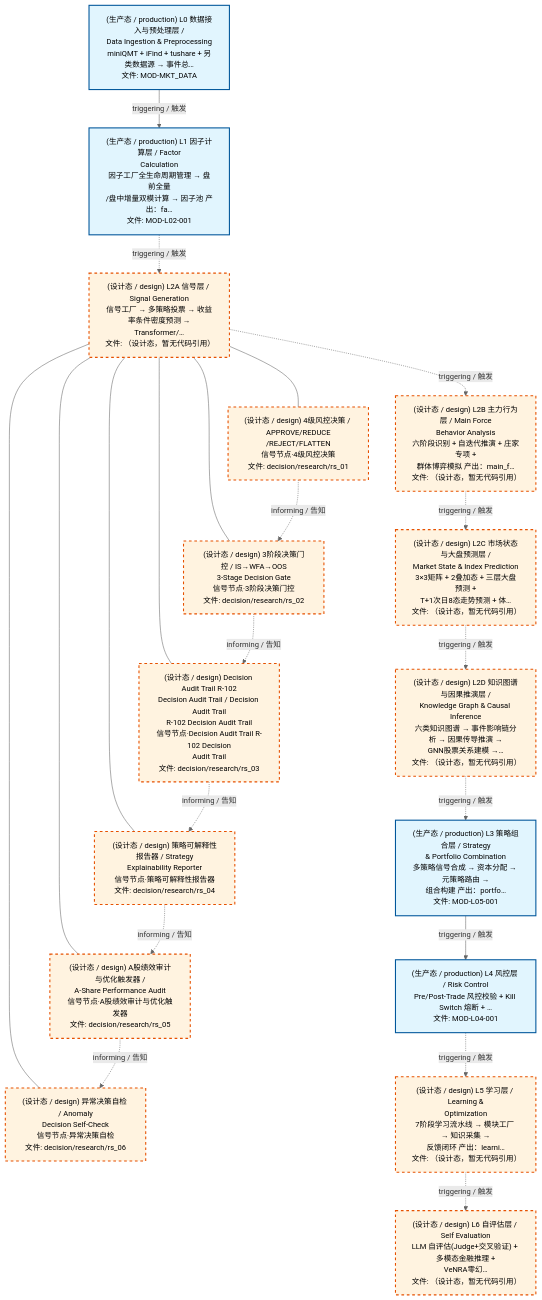
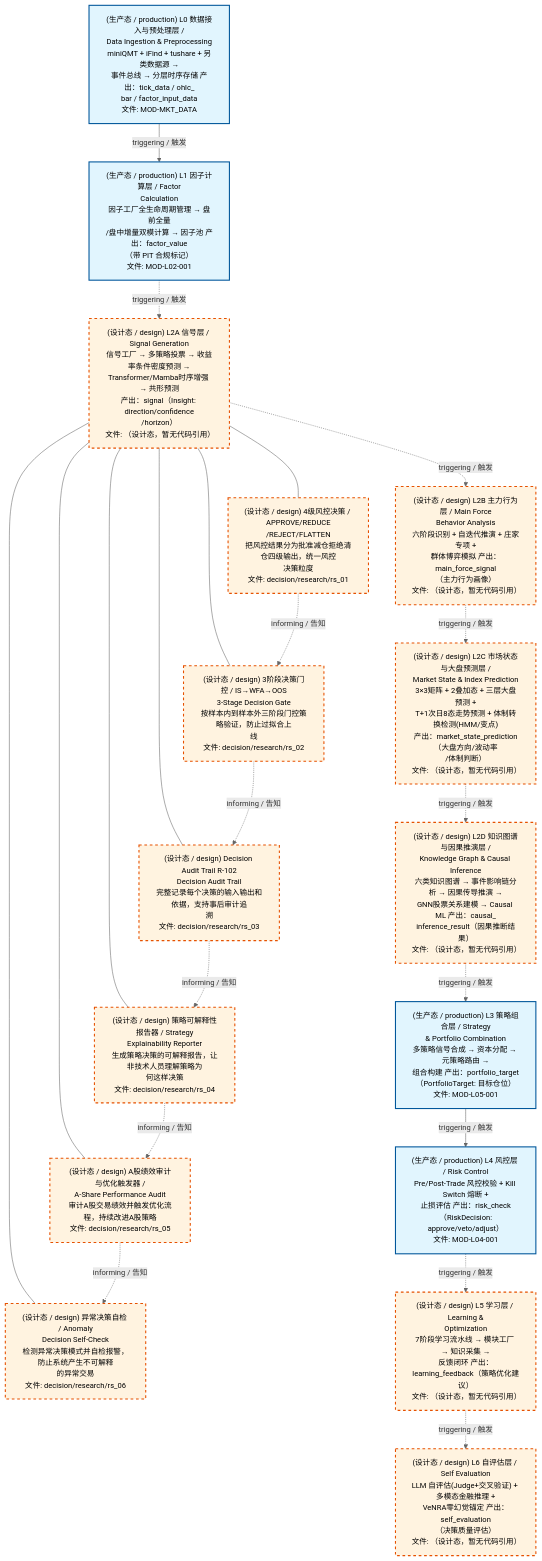
The first of 3 diagrams in docs/02_enterprise_architecture/06_decision_architecture/09_decision_l2a_research.md (xuanFelixVan/ZephyrAlpha), drawn with Mermaid before and after one commit. The commit also changed other lines of this file and 25 other files, not shown here.

````diff
--- a/docs/02_enterprise_architecture/06_decision_architecture/09_decision_l2a_research.md
+++ b/docs/02_enterprise_architecture/06_decision_architecture/09_decision_l2a_research.md
@@ -47,46 +47,46 @@
 ```mermaid
 %%{init: {'theme': 'base', 'themeVariables': {'primaryColor': '#eaeaea', 'primaryTextColor': '#333333', 'primaryBorderColor': '#666666', 'lineColor': '#666666', 'secondaryColor': '#eaeaea', 'tertiaryColor': '#eaeaea', 'clusterBkg': 'transparent', 'clusterBorder': 'transparent', 'fontSize': '14px'}}}%%
 flowchart TD
-    LL0["(生产态 / production) L0 数据接入与预处理层 /<br/>Data Ingestion & Preprocessing<br/>miniQMT + iFind + tushare + 另类数据源 → 事件总…<br/>文件: MOD-MKT_DATA"]
-    LL1["(生产态 / production) L1 因子计算层 / Factor<br/>Calculation<br/>因子工厂全生命周期管理 → 盘前全量<br/>/盘中增量双模计算 → 因子池 产出：fa…<br/>文件: MOD-L02-001"]
-    LL2A["(设计态 / design) L2A 信号层 / Signal Generation<br/>信号工厂 → 多策略投票 → 收益率条件密度预测 →<br/>Transformer/…<br/>文件: （设计态，暂无代码引用）"]
-    N204["(设计态 / design) 4级风控决策 / APPROVE/REDUCE<br/>/REJECT/FLATTEN<br/>信号节点·4级风控决策<br/>文件: decision/research/rs_01"]
+    LL0["(生产态 / production) L0 数据接入与预处理层 /<br/>Data Ingestion & Preprocessing<br/>miniQMT + iFind + tushare + 另类数据源 →<br/>事件总线 → 分层时序存储 产出：tick_data / ohlc_<br/>bar / factor_input_data<br/>文件: MOD-MKT_DATA"]
+    LL1["(生产态 / production) L1 因子计算层 / Factor<br/>Calculation<br/>因子工厂全生命周期管理 → 盘前全量<br/>/盘中增量双模计算 → 因子池 产出：factor_value<br/>（带 PIT 合规标记）<br/>文件: MOD-L02-001"]
+    LL2A["(设计态 / design) L2A 信号层 / Signal Generation<br/>信号工厂 → 多策略投票 → 收益率条件密度预测 →<br/>Transformer/Mamba时序增强 → 共形预测<br/>产出：signal（Insight: direction/confidence<br/>/horizon）<br/>文件: （设计态，暂无代码引用）"]
+    N204["(设计态 / design) 4级风控决策 / APPROVE/REDUCE<br/>/REJECT/FLATTEN<br/>把风控结果分为批准减仓拒绝清仓四级输出，统一风控<br/>决策粒度<br/>文件: decision/research/rs_01"]
     LL2A --- N204
-    N205["(设计态 / design) 3阶段决策门控 / IS→WFA→OOS<br/>3-Stage Decision Gate<br/>信号节点·3阶段决策门控<br/>文件: decision/research/rs_02"]
+    N205["(设计态 / design) 3阶段决策门控 / IS→WFA→OOS<br/>3-Stage Decision Gate<br/>按样本内到样本外三阶段门控策略验证，防止过拟合上<br/>线<br/>文件: decision/research/rs_02"]
     LL2A --- N205
-    N206["(设计态 / design) Decision Audit Trail R-102<br/>Decision Audit Trail / Decision Audit Trail<br/>R-102 Decision Audit Trail<br/>信号节点·Decision Audit Trail R-102 Decision<br/>Audit Trail<br/>文件: decision/research/rs_03"]
+    N206["(设计态 / design) Decision Audit Trail R-102<br/>Decision Audit Trail<br/>完整记录每个决策的输入输出和依据，支持事后审计追<br/>溯<br/>文件: decision/research/rs_03"]
     LL2A --- N206
-    N211["(设计态 / design) 策略可解释性报告器 / Strategy<br/>Explainability Reporter<br/>信号节点·策略可解释性报告器<br/>文件: decision/research/rs_04"]
+    N211["(设计态 / design) 策略可解释性报告器 / Strategy<br/>Explainability Reporter<br/>生成策略决策的可解释报告，让非技术人员理解策略为<br/>何这样决策<br/>文件: decision/research/rs_04"]
     LL2A --- N211
-    N212["(设计态 / design) A股绩效审计与优化触发器 /<br/>A-Share Performance Audit<br/>信号节点·A股绩效审计与优化触发器<br/>文件: decision/research/rs_05"]
+    N212["(设计态 / design) A股绩效审计与优化触发器 /<br/>A-Share Performance Audit<br/>审计A股交易绩效并触发优化流程，持续改进A股策略<br/>文件: decision/research/rs_05"]
     LL2A --- N212
-    N213["(设计态 / design) 异常决策自检 / Anomaly<br/>Decision Self-Check<br/>信号节点·异常决策自检<br/>文件: decision/research/rs_06"]
+    N213["(设计态 / design) 异常决策自检 / Anomaly<br/>Decision Self-Check<br/>检测异常决策模式并自检报警，防止系统产生不可解释<br/>的异常交易<br/>文件: decision/research/rs_06"]
     LL2A --- N213
-    LL2B["(设计态 / design) L2B 主力行为层 / Main Force<br/>Behavior Analysis<br/>六阶段识别 + 自迭代推演 + 庄家专项 +<br/>群体博弈模拟 产出：main_f…<br/>文件: （设计态，暂无代码引用）"]
-    LL2C["(设计态 / design) L2C 市场状态与大盘预测层 /<br/>Market State & Index Prediction<br/>3×3矩阵 + 2叠加态 + 三层大盘预测 +<br/>T+1次日8态走势预测 + 体…<br/>文件: （设计态，暂无代码引用）"]
-    LL2D["(设计态 / design) L2D 知识图谱与因果推演层 /<br/>Knowledge Graph & Causal Inference<br/>六类知识图谱 → 事件影响链分析 → 因果传导推演 →<br/>GNN股票关系建模 →…<br/>文件: （设计态，暂无代码引用）"]
-    LL3["(生产态 / production) L3 策略组合层 / Strategy<br/>& Portfolio Combination<br/>多策略信号合成 → 资本分配 → 元策略路由 →<br/>组合构建 产出：portfo…<br/>文件: MOD-L05-001"]
-    LL4["(生产态 / production) L4 风控层 / Risk Control<br/>Pre/Post-Trade 风控校验 + Kill Switch 熔断 + …<br/>文件: MOD-L04-001"]
-    LL5["(设计态 / design) L5 学习层 / Learning &<br/>Optimization<br/>7阶段学习流水线 → 模块工厂 → 知识采集 →<br/>反馈闭环 产出：learni…<br/>文件: （设计态，暂无代码引用）"]
-    LL6["(设计态 / design) L6 自评估层 / Self Evaluation<br/>LLM 自评估(Judge+交叉验证) + 多模态金融推理 +<br/>VeNRA零幻…<br/>文件: （设计态，暂无代码引用）"]
+    LL2B["(设计态 / design) L2B 主力行为层 / Main Force<br/>Behavior Analysis<br/>六阶段识别 + 自迭代推演 + 庄家专项 +<br/>群体博弈模拟 产出：main_force_signal<br/>（主力行为画像）<br/>文件: （设计态，暂无代码引用）"]
+    LL2C["(设计态 / design) L2C 市场状态与大盘预测层 /<br/>Market State & Index Prediction<br/>3×3矩阵 + 2叠加态 + 三层大盘预测 +<br/>T+1次日8态走势预测 + 体制转换检测(HMM/变点)<br/>产出：market_state_prediction（大盘方向/波动率<br/>/体制判断）<br/>文件: （设计态，暂无代码引用）"]
+    LL2D["(设计态 / design) L2D 知识图谱与因果推演层 /<br/>Knowledge Graph & Causal Inference<br/>六类知识图谱 → 事件影响链分析 → 因果传导推演 →<br/>GNN股票关系建模 → Causal ML 产出：causal_<br/>inference_result（因果推断结果）<br/>文件: （设计态，暂无代码引用）"]
+    LL3["(生产态 / production) L3 策略组合层 / Strategy<br/>& Portfolio Combination<br/>多策略信号合成 → 资本分配 → 元策略路由 →<br/>组合构建 产出：portfolio_target<br/>（PortfolioTarget: 目标仓位）<br/>文件: MOD-L05-001"]
+    LL4["(生产态 / production) L4 风控层 / Risk Control<br/>Pre/Post-Trade 风控校验 + Kill Switch 熔断 +<br/>止损评估 产出：risk_check（RiskDecision:<br/>approve/veto/adjust）<br/>文件: MOD-L04-001"]
+    LL5["(设计态 / design) L5 学习层 / Learning &<br/>Optimization<br/>7阶段学习流水线 → 模块工厂 → 知识采集 →<br/>反馈闭环 产出：learning_feedback（策略优化建议）<br/>文件: （设计态，暂无代码引用）"]
+    LL6["(设计态 / design) L6 自评估层 / Self Evaluation<br/>LLM 自评估(Judge+交叉验证) + 多模态金融推理 +<br/>VeNRA零幻觉锚定 产出：self_evaluation<br/>（决策质量评估）<br/>文件: （设计态，暂无代码引用）"]
     LL0 -->|triggering / 触发| LL1
     LL1 -.->|triggering / 触发| LL2A
     LL2A -.->|triggering / 触发| LL2B
     LL2B -.->|triggering / 触发| LL2C
     LL2C -.->|triggering / 触发| LL2D
     LL2D -.->|triggering / 触发| LL3
     LL3 -->|triggering / 触发| LL4
     LL4 -.->|triggering / 触发| LL5
     LL5 -.->|triggering / 触发| LL6
     N204 -.->|informing / 告知| N205
     N205 -.->|informing / 告知| N206
     N206 -.->|informing / 告知| N211
     N211 -.->|informing / 告知| N212
     N212 -.->|informing / 告知| N213
     classDef production fill:#e1f5fe,stroke:#01579b,stroke-width:2px,color:#000
     classDef design fill:#fff3e0,stroke:#e65100,stroke-width:2px,color:#000,stroke-dasharray: 5 5
     classDef external_prod fill:#e8f4fd,stroke:#0277bd,stroke-width:1px,color:#000
     classDef external_design fill:#fff8e7,stroke:#ef6c00,stroke-width:1px,color:#000,stroke-dasharray: 5 5
     class LL0,LL1,LL3,LL4 production
     class LL2A,N204,N205,N206,N211,N212,N213,LL2B,LL2C,LL2D,LL5,LL6 design
 ```
````
